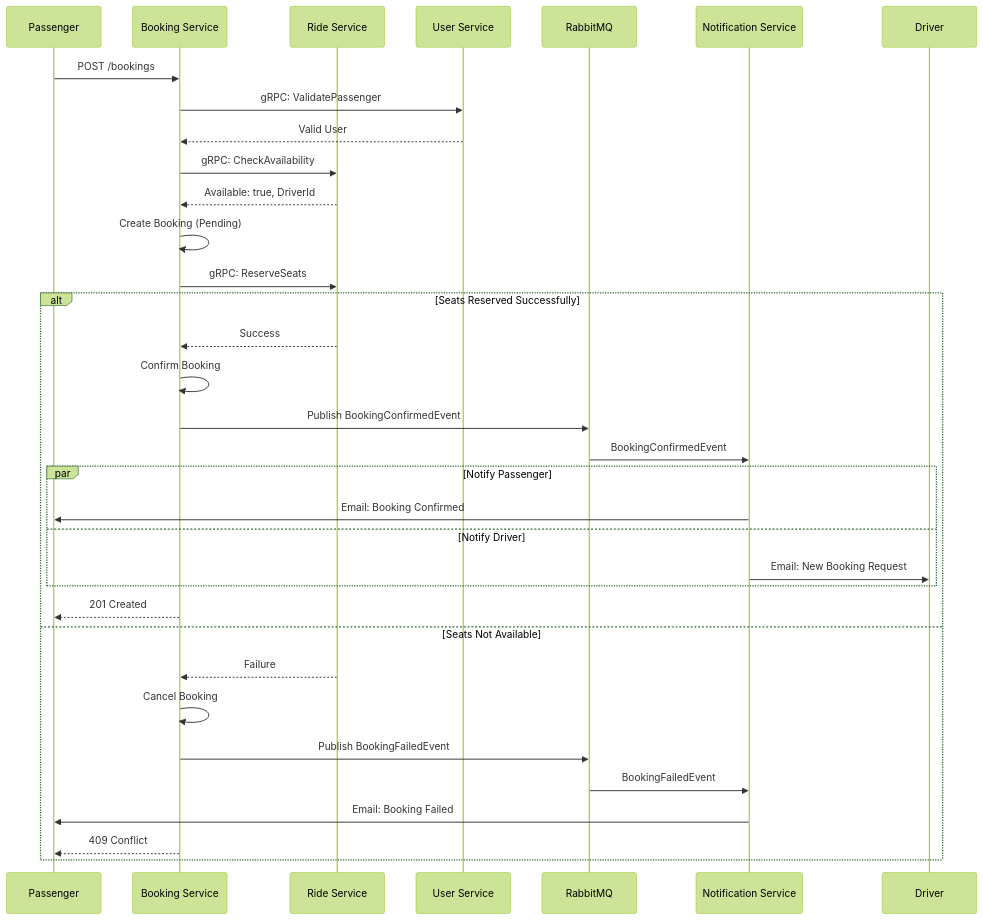
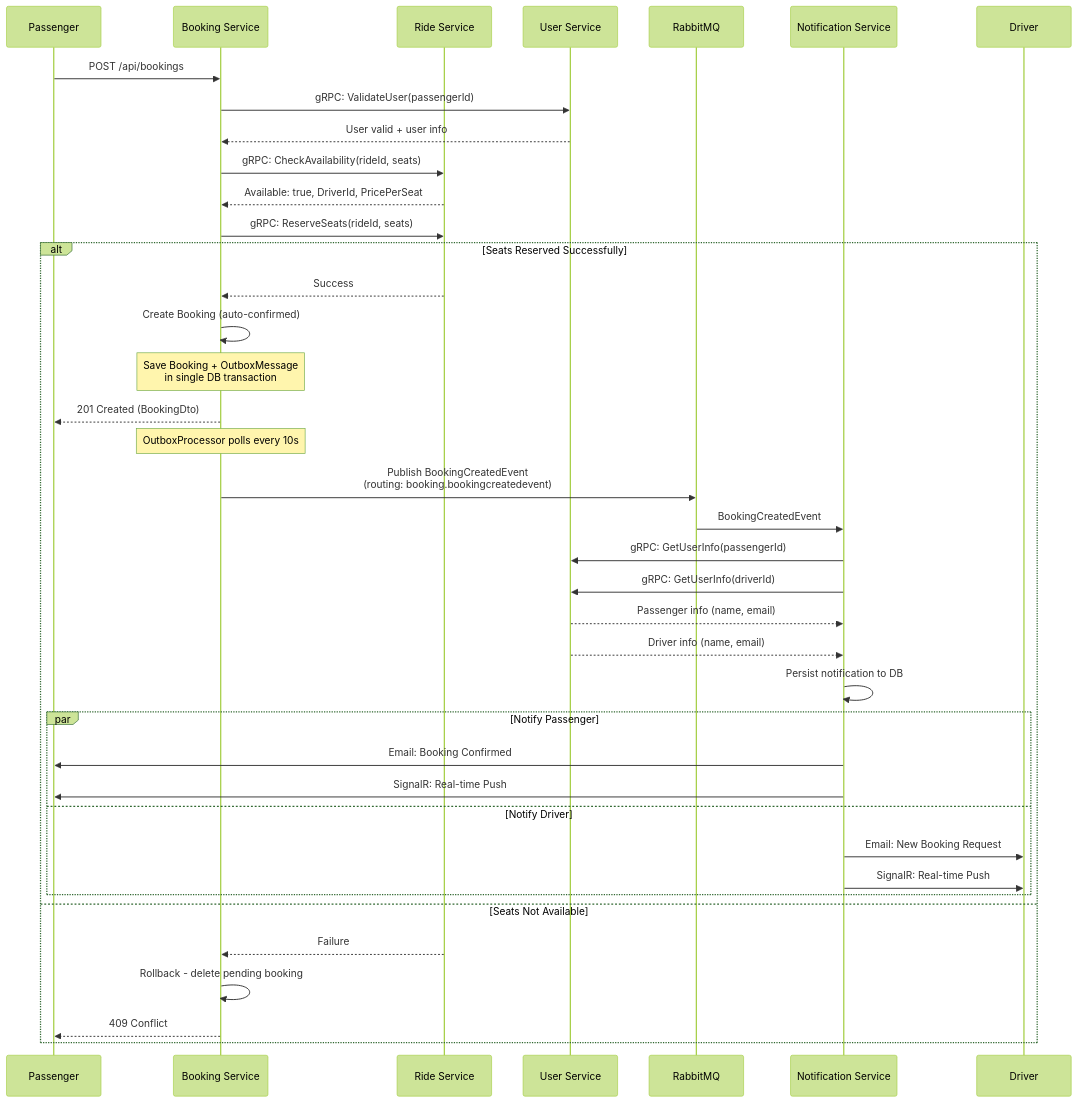
The diagram in RideBuddy/diagrams/happyFlowSequenceDiagram.mmd (marijaa010/RideBuddy), drawn with Mermaid (forest theme) before and after one commit. The commit also changed 23 other files, not shown here.

```diff
--- a/RideBuddy/diagrams/happyFlowSequenceDiagram.mmd
+++ b/RideBuddy/diagrams/happyFlowSequenceDiagram.mmd
@@ -1,37 +1,49 @@
 sequenceDiagram
     participant P as Passenger
     participant BS as Booking Service
     participant RS as Ride Service
     participant US as User Service
     participant MQ as RabbitMQ
     participant NS as Notification Service
     participant D as Driver
-    
-    P->>BS: POST /bookings
-    BS->>US: gRPC: ValidatePassenger
-    US-->>BS: Valid User
-    BS->>RS: gRPC: CheckAvailability
-    RS-->>BS: Available: true, DriverId
-    BS->>BS: Create Booking (Pending)
-    BS->>RS: gRPC: ReserveSeats
+
+    P->>BS: POST /api/bookings
+    BS->>US: gRPC: ValidateUser(passengerId)
+    US-->>BS: User valid + user info
+
+    BS->>RS: gRPC: CheckAvailability(rideId, seats)
+    RS-->>BS: Available: true, DriverId, PricePerSeat
+
+    BS->>RS: gRPC: ReserveSeats(rideId, seats)
+
     alt Seats Reserved Successfully
         RS-->>BS: Success
-        BS->>BS: Confirm Booking
-        BS->>MQ: Publish BookingConfirmedEvent
-        MQ->>NS: BookingConfirmedEvent
-        
+        BS->>BS: Create Booking (auto-confirmed)
+        note over BS: Save Booking + OutboxMessage<br/>in single DB transaction
+        BS-->>P: 201 Created (BookingDto)
+
+        note over BS: OutboxProcessor polls every 10s
+        BS->>MQ: Publish BookingCreatedEvent<br/>(routing: booking.bookingcreatedevent)
+
+        MQ->>NS: BookingCreatedEvent
+
+        NS->>US: gRPC: GetUserInfo(passengerId)
+        NS->>US: gRPC: GetUserInfo(driverId)
+        US-->>NS: Passenger info (name, email)
+        US-->>NS: Driver info (name, email)
+
+        NS->>NS: Persist notification to DB
+
         par Notify Passenger
             NS->>P: Email: Booking Confirmed
+            NS->>P: SignalR: Real-time Push
         and Notify Driver
             NS->>D: Email: New Booking Request
+            NS->>D: SignalR: Real-time Push
         end
-        
-        BS-->>P: 201 Created
+
     else Seats Not Available
         RS-->>BS: Failure
-        BS->>BS: Cancel Booking
-        BS->>MQ: Publish BookingFailedEvent
-        MQ->>NS: BookingFailedEvent
-        NS->>P: Email: Booking Failed
+        BS->>BS: Rollback - delete pending booking
         BS-->>P: 409 Conflict
     end
```
